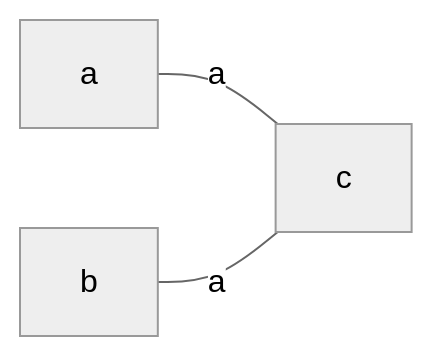
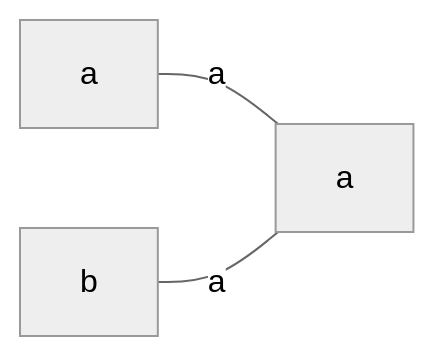
Before and after one commit to tnichols217/notes: the diagram in CSDS 281 - Logic Design/HW/3/Tables.md, drawn with Mermaid (neutral theme). The commit also changed 1 other file, not shown here.

Commit message:
vault backup: 2024-02-14 14:12:59

````diff
--- a/CSDS 281 - Logic Design/HW/3/Tables.md
+++ b/CSDS 281 - Logic Design/HW/3/Tables.md
@@ -14,6 +14,6 @@
 ```mermaid
 flowchart LR
 
 a ---|a| c
-b ---|a| c
+b ---|a| c[a]
 ```
````
